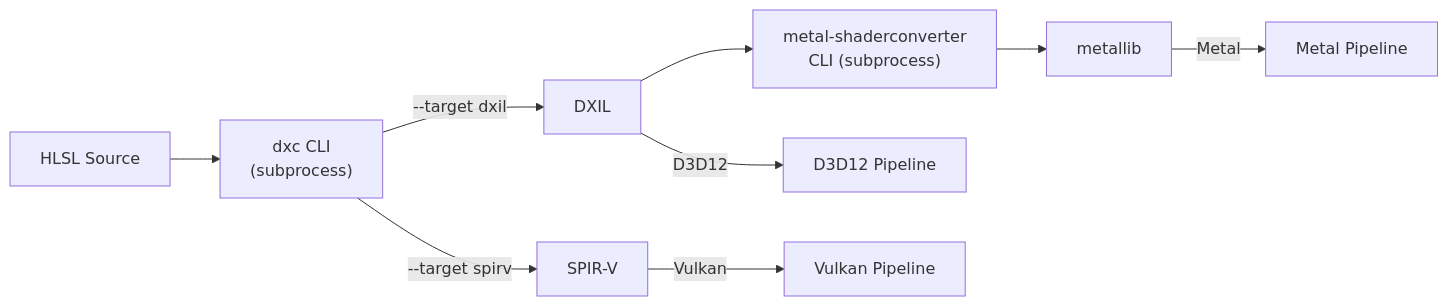
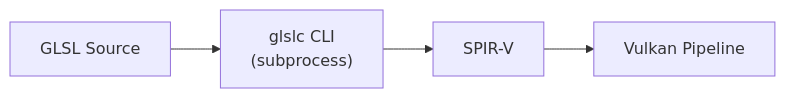
Before and after one commit to harmonius-dev/harmonius: the third of 9 diagrams in docs/design/rendering/render-pipeline.md, drawn with Mermaid. The commit also changed other lines of this file and 128 other files, not shown here.

First line of the commit message:
docs: standardize on Vulkan backend and GLSL shaders

````diff
--- a/docs/design/rendering/render-pipeline.md
+++ b/docs/design/rendering/render-pipeline.md
@@ -202,11 +196,6 @@
 ```mermaid
 flowchart LR
-    HLSL["HLSL Source"] --> DXC["dxc CLI\n(subprocess)"]
-    DXC -->|"--target dxil"| DXIL["DXIL"]
-    DXC -->|"--target spirv"| SPIRV["SPIR-V"]
-    DXIL --> MSC["metal-shaderconverter\nCLI (subprocess)"]
-    MSC --> METALLIB["metallib"]
-    DXIL -->|D3D12| D3D12P["D3D12 Pipeline"]
-    SPIRV -->|Vulkan| VKP["Vulkan Pipeline"]
-    METALLIB -->|Metal| MTLP["Metal Pipeline"]
+    GLSL["GLSL Source"] --> glslc["glslc CLI\n(subprocess)"]
+    glslc --> SPIRV["SPIR-V"]
+    SPIRV --> VKP["Vulkan Pipeline"]
 ```
````
